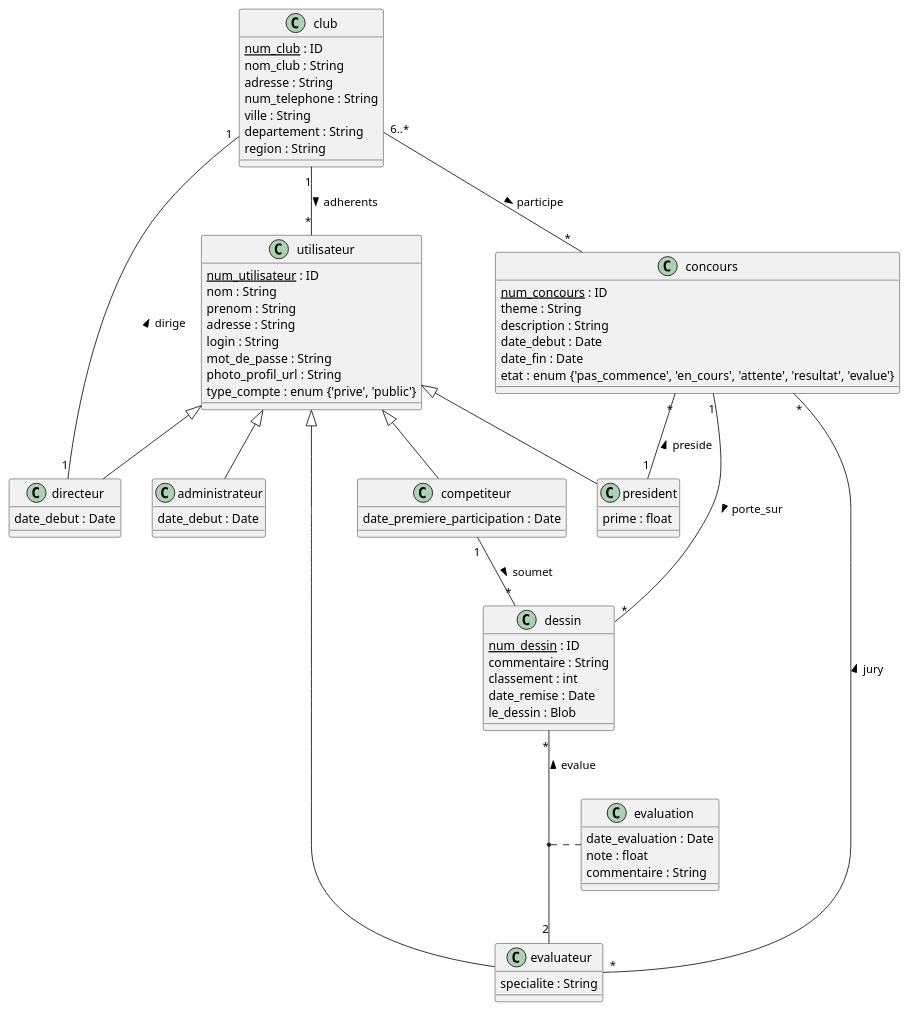
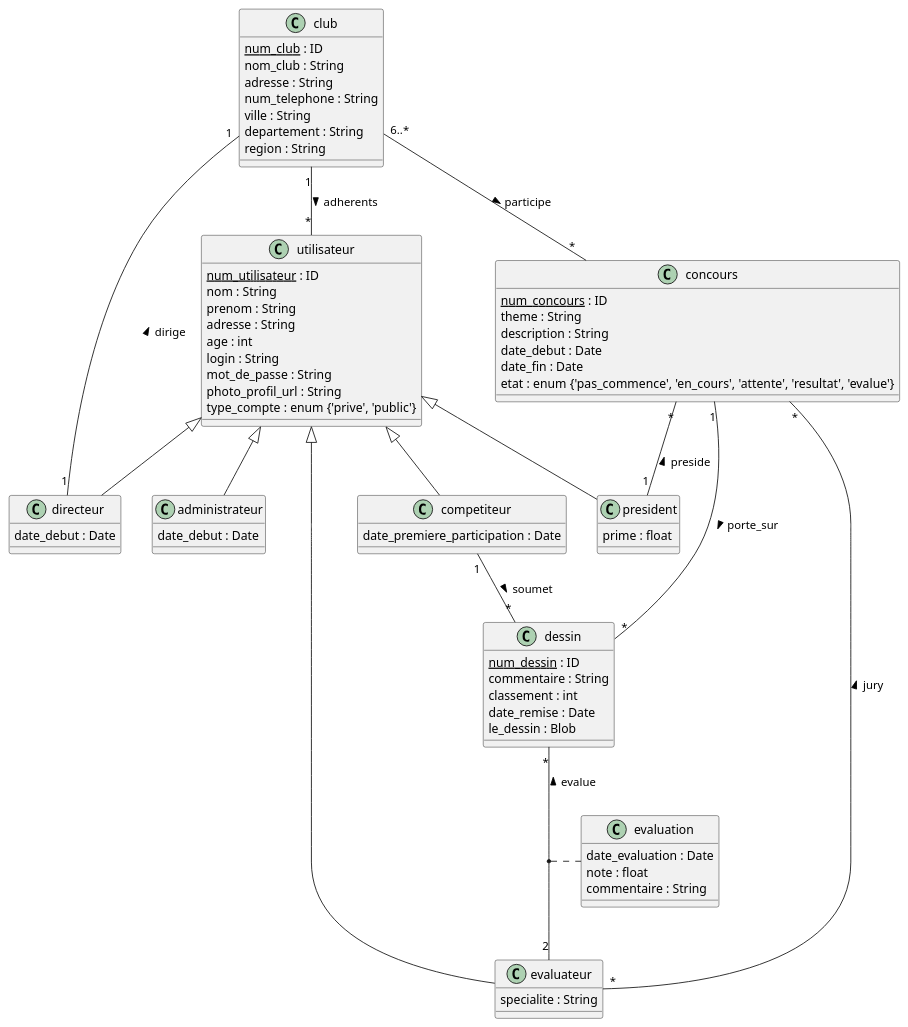
One commit to matthieuEv/Draw-Arena changed the diagram in docs/mcd.puml. Above: the diagram before and after it, drawn with PlantUML. The commit also changed 4 other files, not shown here.

```diff
--- a/docs/mcd.puml
+++ b/docs/mcd.puml
@@ -1,91 +1,92 @@
 @startuml
 skinparam classAttributeIconSize 0
 
 ' Classes principales
 class club {
     <u>num_club</u> : ID
     nom_club : String
     adresse : String
     num_telephone : String
     ville : String
     departement : String
     region : String
 }
 
 class utilisateur {
     <u>num_utilisateur</u> : ID
     nom : String
     prenom : String
     adresse : String
+    age : int
     login : String
     mot_de_passe : String
     photo_profil_url : String
     type_compte : enum {'prive', 'public'}
 }
 
 class concours {
     <u>num_concours</u> : ID
     theme : String
     description : String
     date_debut : Date
     date_fin : Date
     etat : enum {'pas_commence', 'en_cours', 'attente', 'resultat', 'evalue'}
 }
 
 class dessin {
     <u>num_dessin</u> : ID
     commentaire : String
     classement : int
     date_remise : Date
     le_dessin : Blob
 }
 
 class evaluation {
     date_evaluation : Date
     note : float
     commentaire : String
 }
 
 ' Sous-classes d'Utilisateur
 class competiteur {
     date_premiere_participation : Date
 }
 
 class evaluateur {
     specialite : String
 }
 
 class president {
     prime : float
 }
 
 class administrateur {
     date_debut : Date
 }
 
 class directeur {
     date_debut : Date
 }
 
 ' Héritages
 utilisateur <|-- competiteur
 utilisateur <|-- evaluateur
 utilisateur <|-- president
 utilisateur <|-- administrateur
 utilisateur <|-- directeur
 
 ' Associations
 club "1" -- "*" utilisateur : adherents >
 club "6..*" -- "*" concours : participe >
 club "1" - "1" directeur : dirige <
 
 concours "1" -- "*" dessin : porte_sur >
 concours "*" -- "1" president : preside <
 concours "*" --- "*" evaluateur : jury <
 
 competiteur "1" -- "*" dessin : soumet >
 
 dessin "*" -- "2" evaluateur : evalue <
 (dessin, evaluateur) .. evaluation
 
 @enduml
```
